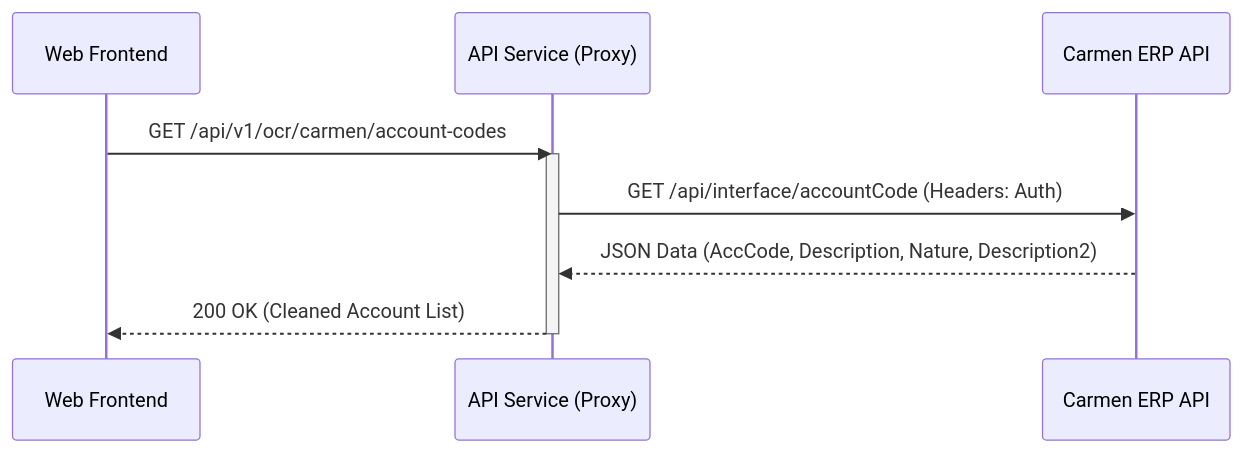
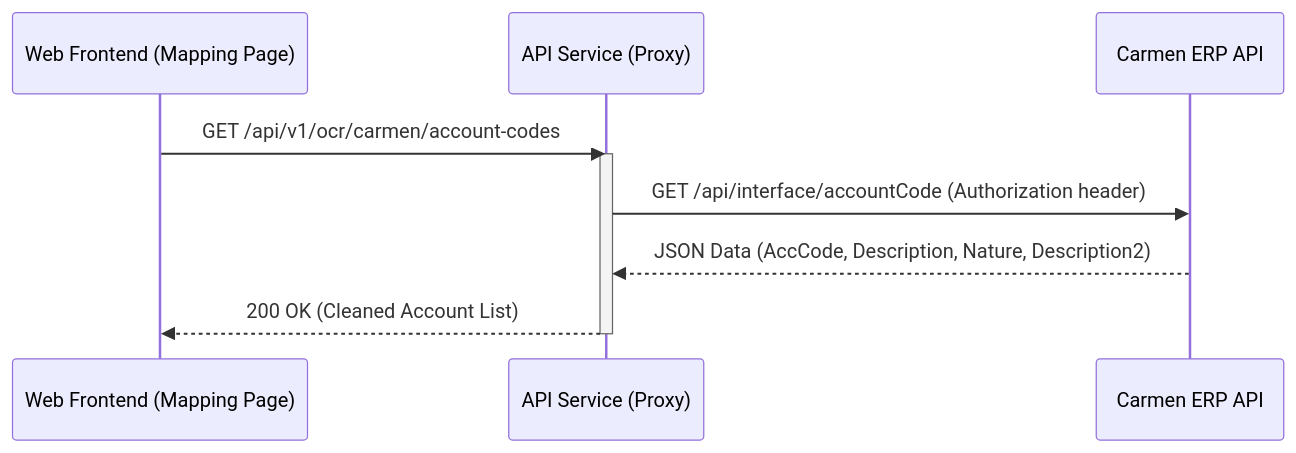
The fourth of 7 diagrams in docs/Software_Requirements_Specification.md (SupportCarmen/OCR), drawn with Mermaid before and after one commit. The commit also changed other lines of this file and 2 other files, not shown here.

````diff
--- a/docs/Software_Requirements_Specification.md
+++ b/docs/Software_Requirements_Specification.md
@@ -102,13 +150,13 @@
 ```mermaid
 sequenceDiagram
-    participant UI as Web Frontend
+    participant UI as Web Frontend (Mapping Page)
     participant API as API Service (Proxy)
     participant Carmen as Carmen ERP API
 
     UI->>API: GET /api/v1/ocr/carmen/account-codes
     activate API
-    API->>Carmen: GET /api/interface/accountCode (Headers: Auth)
+    API->>Carmen: GET /api/interface/accountCode (Authorization header)
     Carmen-->>API: JSON Data (AccCode, Description, Nature, Description2)
     API-->>UI: 200 OK (Cleaned Account List)
     deactivate API
 ```
````
